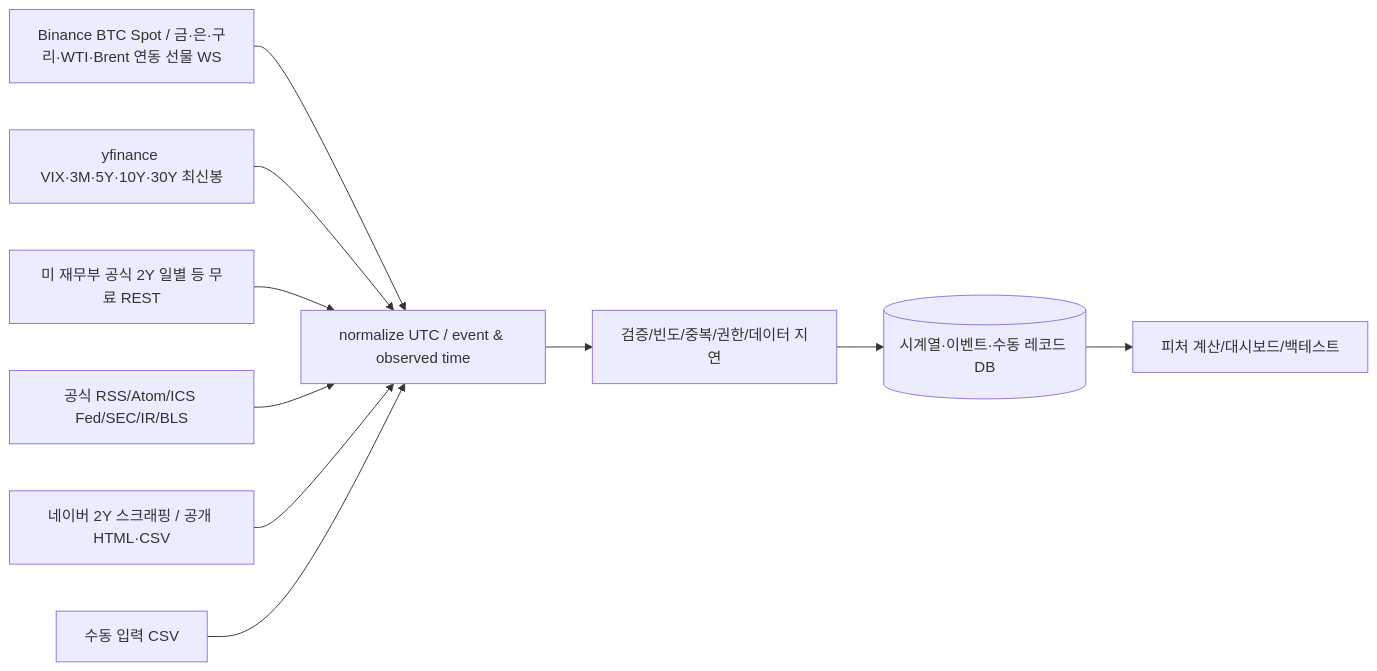
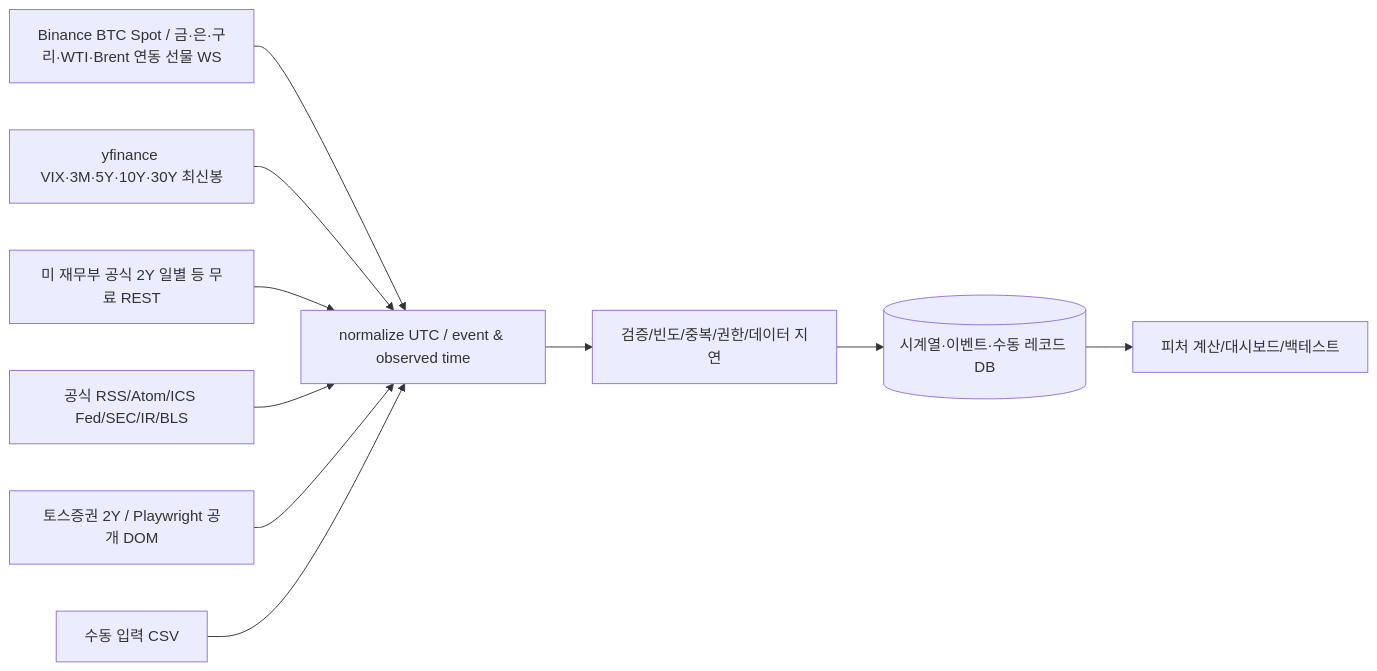
Before and after one commit to ELSAPHABA/Auto-Axe: the diagram in docs/indicator-collection/Collector_Design.md, drawn with Mermaid. The commit also changed other lines of this file and 49 other files, not shown here.

````diff
--- a/docs/indicator-collection/Collector_Design.md
+++ b/docs/indicator-collection/Collector_Design.md
@@ -27,12 +27,12 @@
 ```mermaid
 flowchart LR
   A[Binance BTC Spot / 금·은·구리·WTI·Brent 연동 선물 WS] --> N
   X[yfinance VIX·3M·5Y·10Y·30Y 최신봉] --> N[normalize UTC / event & observed time]
   B[미 재무부 공식 2Y 일별 등 무료 REST] --> N
   C[공식 RSS/Atom/ICS Fed/SEC/IR/BLS] --> N
-  D[네이버 2Y 스크래핑 / 공개 HTML·CSV] --> N
+  D[토스증권 2Y / Playwright 공개 DOM] --> N
   E[수동 입력 CSV] --> N
   N --> Q[검증/빈도/중복/권한/데이터 지연]
   Q --> DB[(시계열·이벤트·수동 레코드 DB)]
   DB --> P[피처 계산/대시보드/백테스트]
 ```
````
